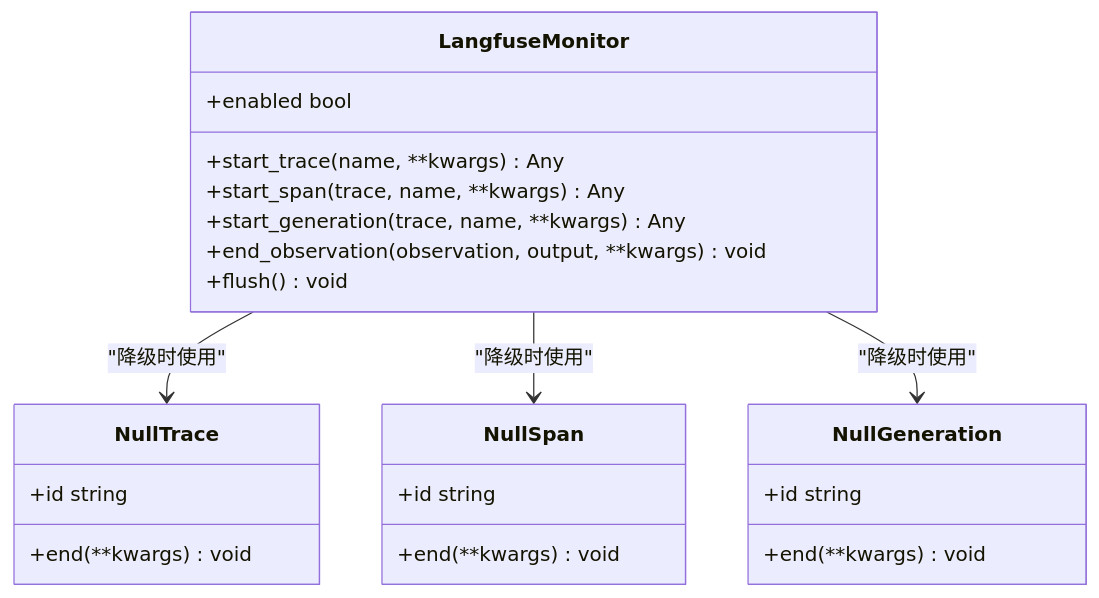
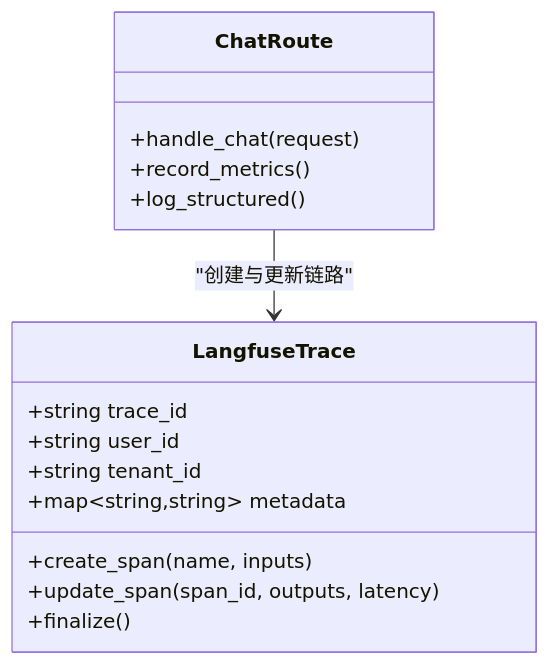
Before and after one commit to zmdhdu/NexusCockpit: the seventh of 10 diagrams in .qoder/repowiki/zh/content/可观测性系统/可观测性系统.md, drawn with Mermaid. The commit also changed other lines of this file and 535 other files, not shown here.

````diff
--- a/.qoder/repowiki/zh/content/可观测性系统/可观测性系统.md
+++ b/.qoder/repowiki/zh/content/可观测性系统/可观测性系统.md
@@ -209,26 +282,18 @@
 ```mermaid
 classDiagram
-class LangfuseMonitor {
-+enabled bool
-+start_trace(name, **kwargs) Any
-+start_span(trace, name, **kwargs) Any
-+start_generation(trace, name, **kwargs) Any
-+end_observation(observation, output, **kwargs) void
-+flush() void
+class LangfuseTrace {
++string trace_id
++string user_id
++string tenant_id
++map~string,string~ metadata
++create_span(name, inputs)
++update_span(span_id, outputs, latency)
++finalize()
 }
-class NullTrace {
-+id string
-+end(**kwargs) void
+class ChatRoute {
++handle_chat(request)
++record_metrics()
++log_structured()
 }
-class NullSpan {
-+id string
-+end(**kwargs) void
-}
-class NullGeneration {
-+id string
-+end(**kwargs) void
-}
-LangfuseMonitor --> NullTrace : "降级时使用"
-LangfuseMonitor --> NullSpan : "降级时使用"
-LangfuseMonitor --> NullGeneration : "降级时使用"
+ChatRoute --> LangfuseTrace : "创建与更新链路"
 ```
````
